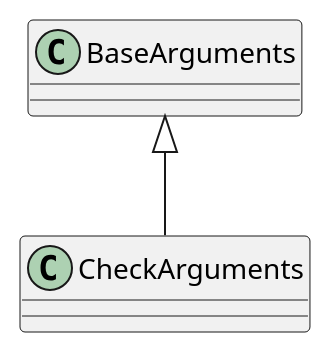
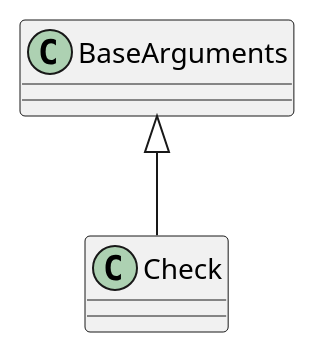
The first of 2 diagrams in ape/interface/arguments/checkarguments.rst (russell-n/theape), drawn with PlantUML before and after one commit. The commit also changed other lines of this file and 71 other files, not shown here.

```diff
--- a/ape/interface/arguments/checkarguments.rst
+++ b/ape/interface/arguments/checkarguments.rst
@@ -54,3 +64,3 @@
 .. uml::
 
-   BaseArguments <|-- CheckArguments
+   BaseArguments <|-- Check
```
